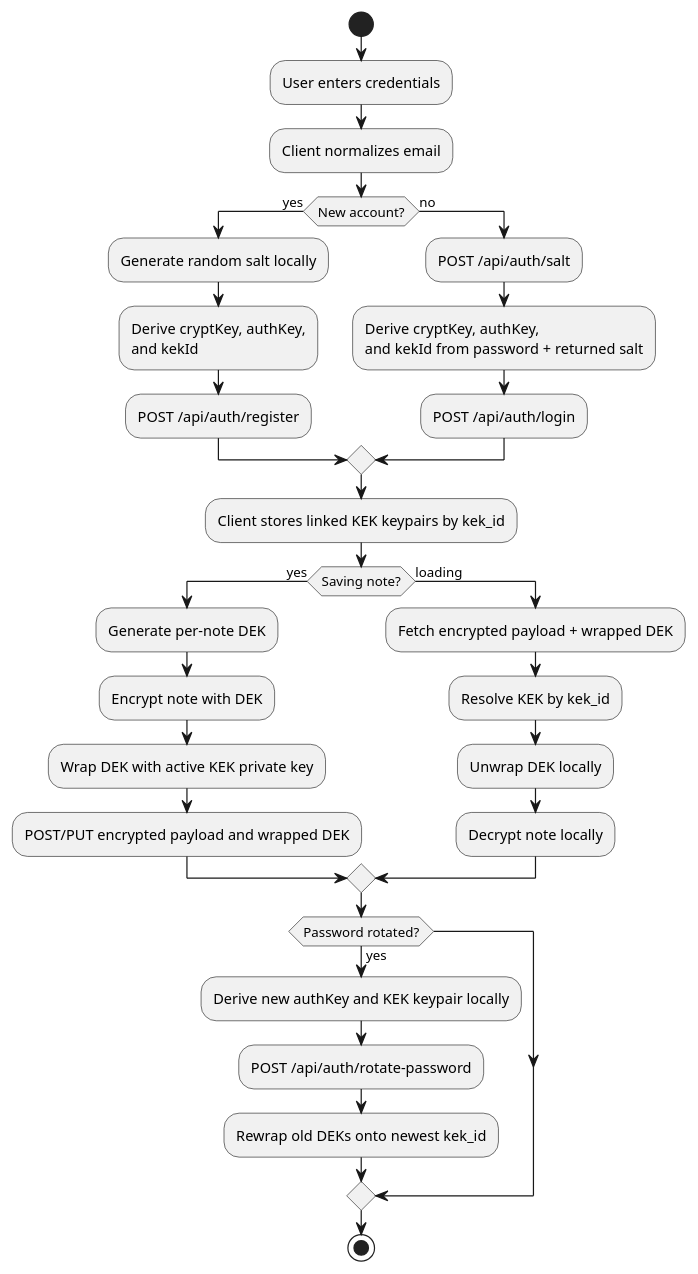
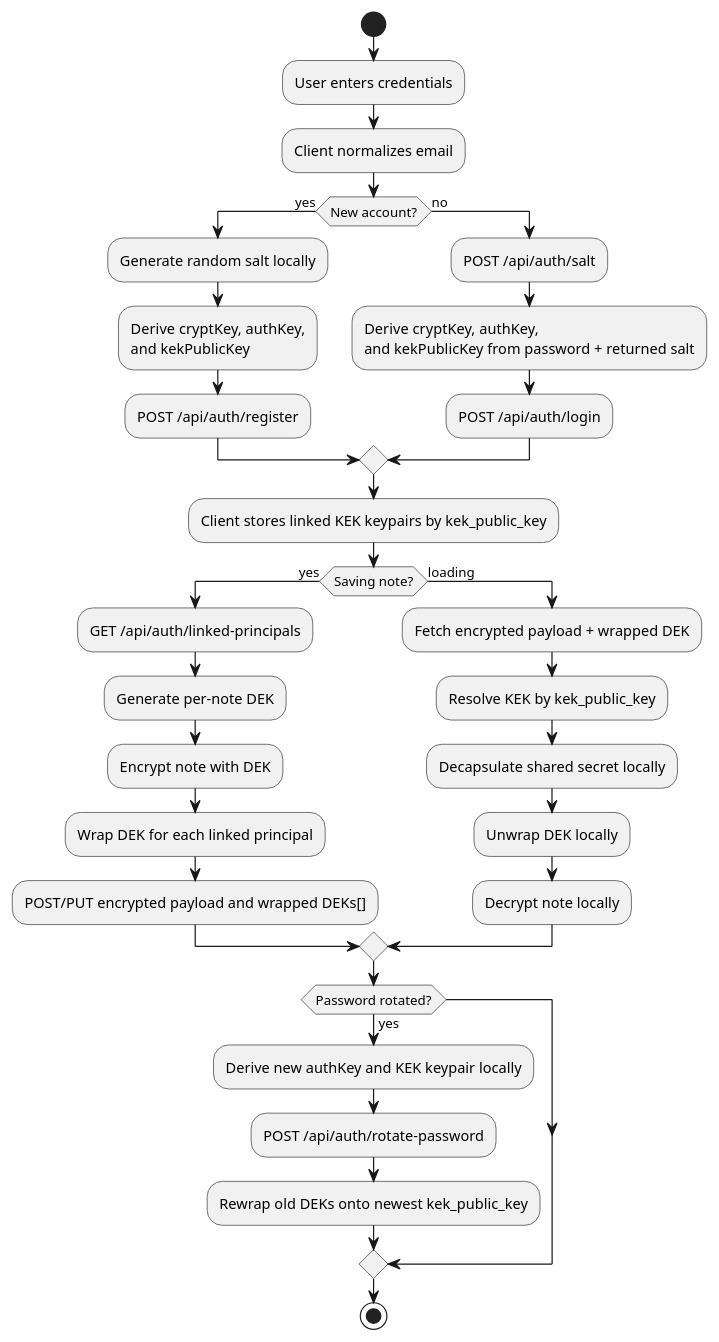
Before and after one commit to benedikt-weyer/preset-reactnative-expo-frontend-rust-backend-e2ee-github: the second of 2 diagrams in apps/docs/docs/auth-e2ee.md, drawn with PlantUML. The commit also changed other lines of this file and 27 other files, not shown here.

````diff
--- a/apps/docs/docs/auth-e2ee.md
+++ b/apps/docs/docs/auth-e2ee.md
@@ -86,41 +88,43 @@
 ```plantuml format="svg_inline" alt="Top-level auth and note lifecycle" title="Top-level auth and note lifecycle"
 @startuml
 start
 :User enters credentials;
 :Client normalizes email;
 
 if (New account?) then (yes)
    :Generate random salt locally;
    :Derive cryptKey, authKey,
-   and kekId;
+   and kekPublicKey;
    :POST /api/auth/register;
 else (no)
    :POST /api/auth/salt;
    :Derive cryptKey, authKey,
-   and kekId from password + returned salt;
+   and kekPublicKey from password + returned salt;
    :POST /api/auth/login;
 endif
 
-:Client stores linked KEK keypairs by kek_id;
+:Client stores linked KEK keypairs by kek_public_key;
 
 if (Saving note?) then (yes)
+   :GET /api/auth/linked-principals;
    :Generate per-note DEK;
    :Encrypt note with DEK;
-   :Wrap DEK with active KEK private key;
-   :POST/PUT encrypted payload and wrapped DEK;
+   :Wrap DEK for each linked principal;
+   :POST/PUT encrypted payload and wrapped DEKs[];
 else (loading)
    :Fetch encrypted payload + wrapped DEK;
-   :Resolve KEK by kek_id;
+   :Resolve KEK by kek_public_key;
+   :Decapsulate shared secret locally;
    :Unwrap DEK locally;
    :Decrypt note locally;
 endif
 
 if (Password rotated?) then (yes)
    :Derive new authKey and KEK keypair locally;
    :POST /api/auth/rotate-password;
-   :Rewrap old DEKs onto newest kek_id;
+   :Rewrap old DEKs onto newest kek_public_key;
 endif
 
 stop
 @enduml
 ```
````
